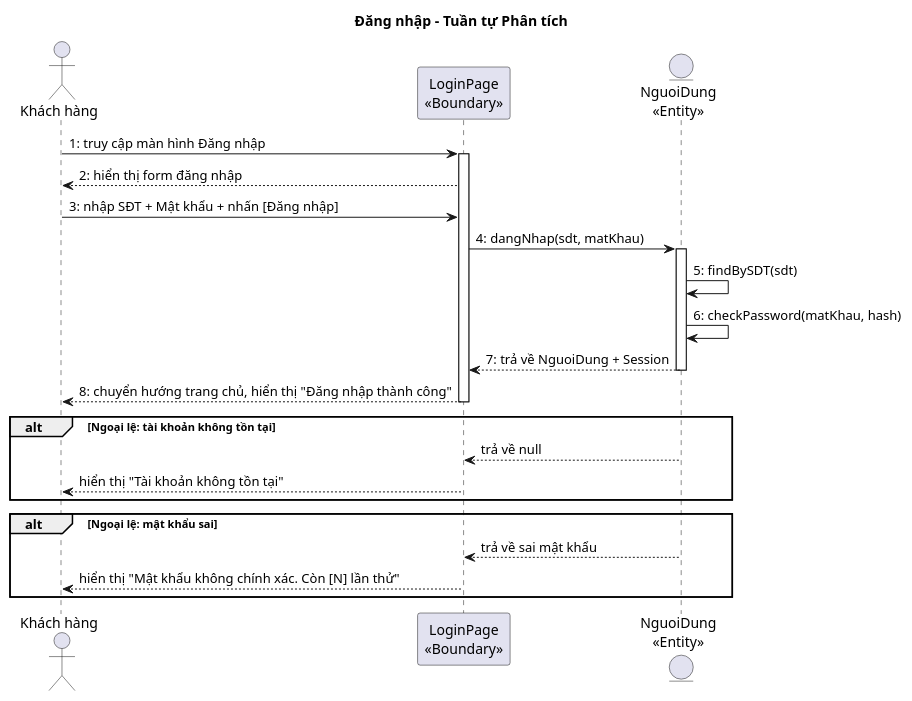
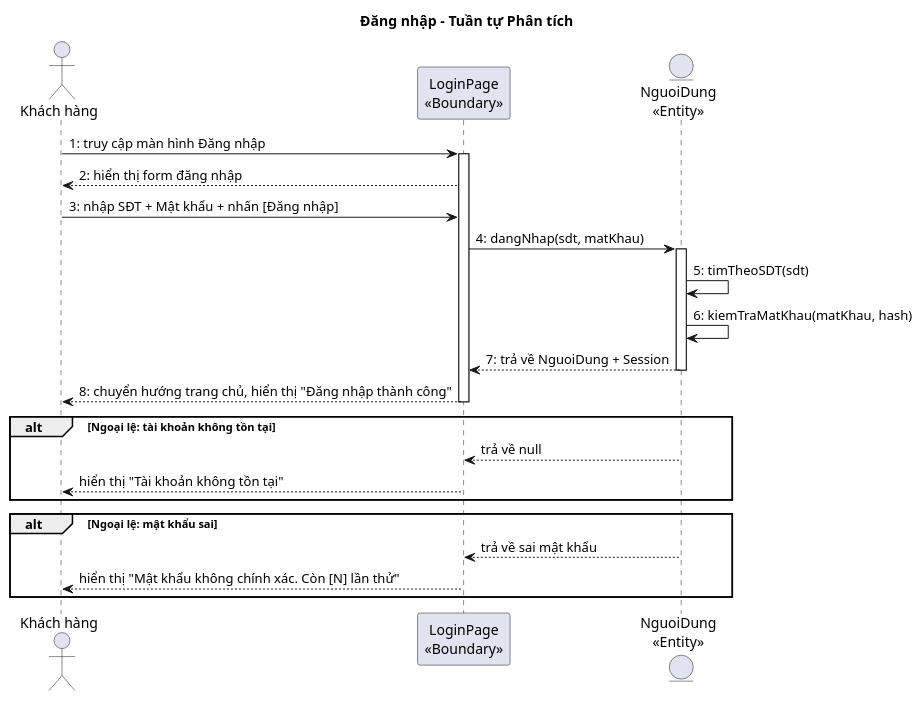
The first of 5 diagrams in docs/tabs/section-account-ii.md (thanhtrnnn/cnpm), drawn with PlantUML before and after one commit. The commit also changed other lines of this file and 4 other files, not shown here.

First line of the commit message:
fix: align with skill changes — DAO architecture, Vietnamese method names, simplified PlantUML

````diff
--- a/docs/tabs/section-account-ii.md
+++ b/docs/tabs/section-account-ii.md
@@ -217,32 +191,32 @@
 ```plantuml
 @startuml
 title Đăng nhập – Tuần tự Phân tích
 
 actor "Khách hàng" as KH
 participant "LoginPage\n<<Boundary>>" as B1
 entity "NguoiDung\n<<Entity>>" as E1
 
 KH -> B1 : 1: truy cập màn hình Đăng nhập
 activate B1
 B1 --> KH : 2: hiển thị form đăng nhập
 KH -> B1 : 3: nhập SĐT + Mật khẩu + nhấn [Đăng nhập]
 B1 -> E1 : 4: dangNhap(sdt, matKhau)
 activate E1
-E1 -> E1 : 5: findBySDT(sdt)
-E1 -> E1 : 6: checkPassword(matKhau, hash)
+E1 -> E1 : 5: timTheoSDT(sdt)
+E1 -> E1 : 6: kiemTraMatKhau(matKhau, hash)
 E1 --> B1 : 7: trả về NguoiDung + Session
 deactivate E1
 B1 --> KH : 8: chuyển hướng trang chủ, hiển thị "Đăng nhập thành công"
 deactivate B1
 
 alt Ngoại lệ: tài khoản không tồn tại
   E1 --> B1 : trả về null
   B1 --> KH : hiển thị "Tài khoản không tồn tại"
 end
 
 alt Ngoại lệ: mật khẩu sai
   E1 --> B1 : trả về sai mật khẩu
   B1 --> KH : hiển thị "Mật khẩu không chính xác. Còn [N] lần thử"
 end
 @enduml
 ```
````
